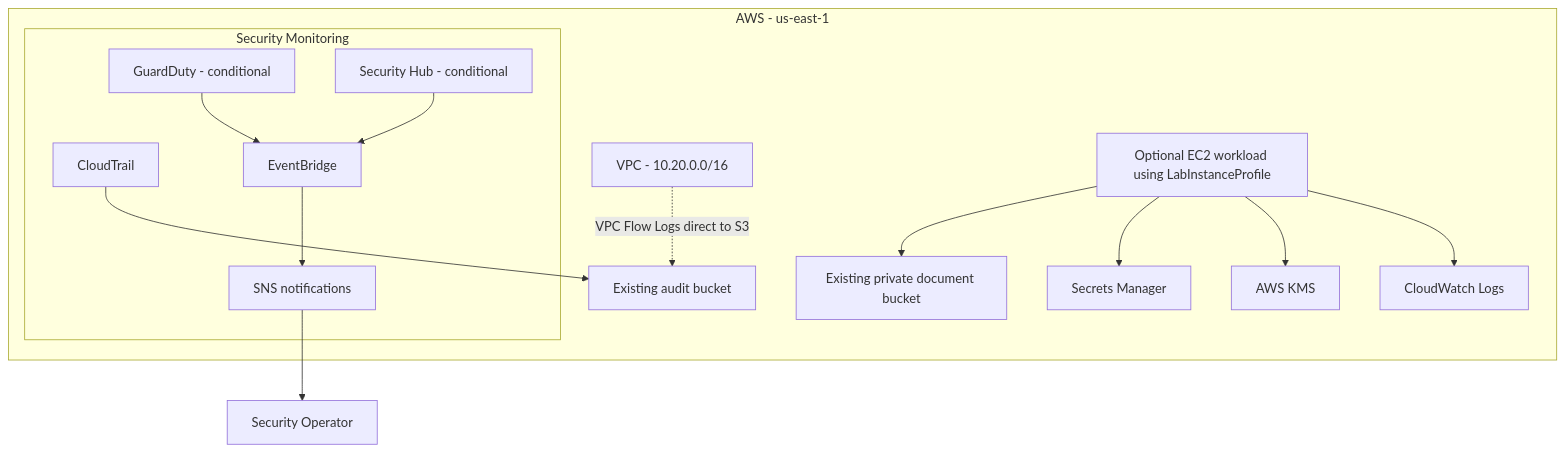
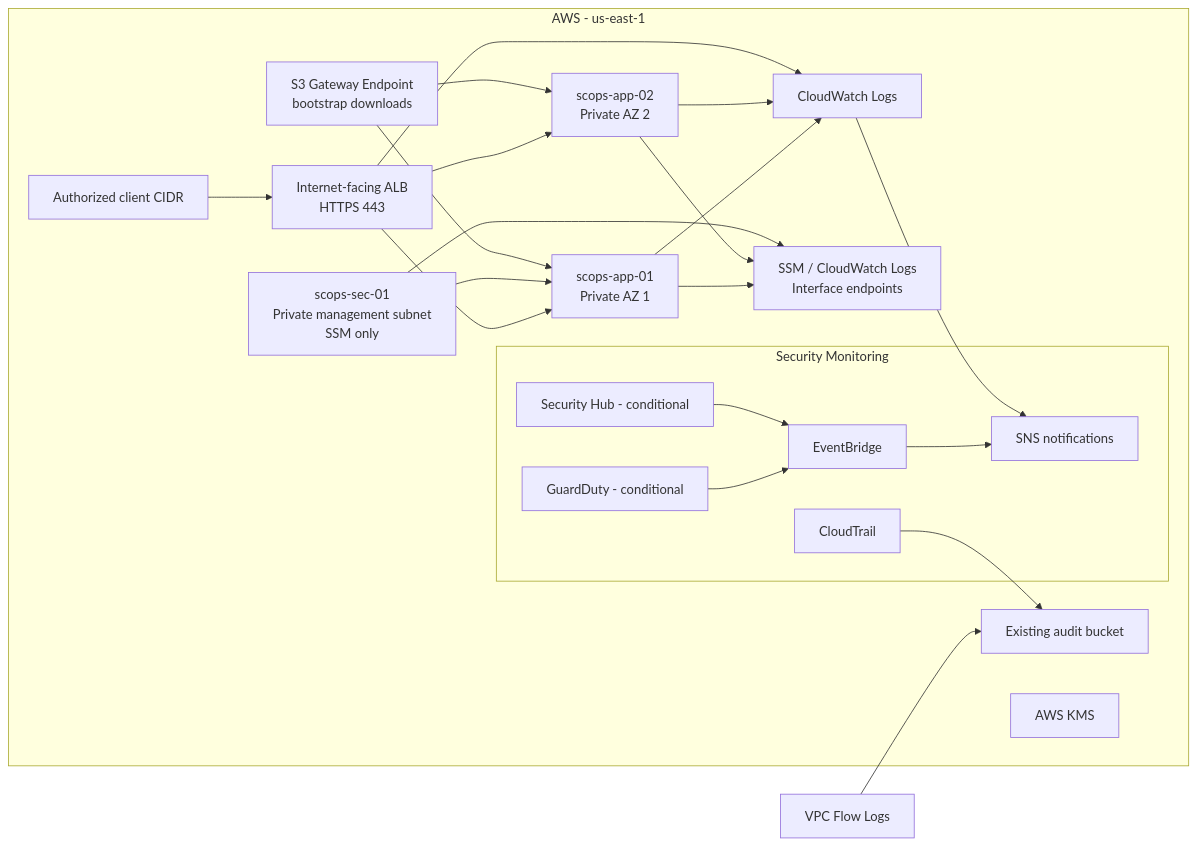
One commit to Mouadh-sys/SecureCloudOps changed the diagram in docs/architecture.md. Above: the diagram before and after it, drawn with Mermaid. The commit also changed other lines of this file and 25 other files, not shown here.

````diff
--- a/docs/architecture.md
+++ b/docs/architecture.md
@@ -80,36 +80,45 @@
 ```mermaid
-flowchart TB
-    OP["Security Operator"]
+flowchart LR
+    CLIENT["Authorized client CIDR"]
 
     subgraph AWS["AWS - us-east-1"]
-        VPC["VPC - 10.20.0.0/16"]
-        EC2["Optional EC2 workload using LabInstanceProfile"]
-        DOCS["Existing private document bucket"]
+        ALB["Internet-facing ALB<br/>HTTPS 443"]
+        APP1["scops-app-01<br/>Private AZ 1"]
+        APP2["scops-app-02<br/>Private AZ 2"]
+        SEC["scops-sec-01<br/>Private management subnet<br/>SSM only"]
+        EP["SSM / CloudWatch Logs<br/>Interface endpoints"]
+        S3EP["S3 Gateway Endpoint<br/>bootstrap downloads"]
         AUDIT["Existing audit bucket"]
         KMS["AWS KMS"]
-        SM["Secrets Manager"]
 
-        EC2 --> DOCS
-        EC2 --> SM
-        EC2 --> KMS
+        CLIENT --> ALB
+        ALB --> APP1
+        ALB --> APP2
+        SEC --> APP1
+        APP1 --> EP
+        APP2 --> EP
+        SEC --> EP
+        S3EP --> APP1
+        S3EP --> APP2
 
         subgraph DET["Security Monitoring"]
             CT["CloudTrail"]
             GD["GuardDuty - conditional"]
             SH["Security Hub - conditional"]
             EB["EventBridge"]
             SNS["SNS notifications"]
         end
 
         CW["CloudWatch Logs"]
     end
 
-    VPC -.->|"VPC Flow Logs direct to S3"| AUDIT
+    APP1 --> CW
+    APP2 --> CW
+    ALB --> CW
+    FLOW["VPC Flow Logs"] --> AUDIT
     CT --> AUDIT
     GD --> EB
     SH --> EB
     EB --> SNS
-    SNS --> OP
-
-    EC2 --> CW
+    CW --> SNS
 ```
````
